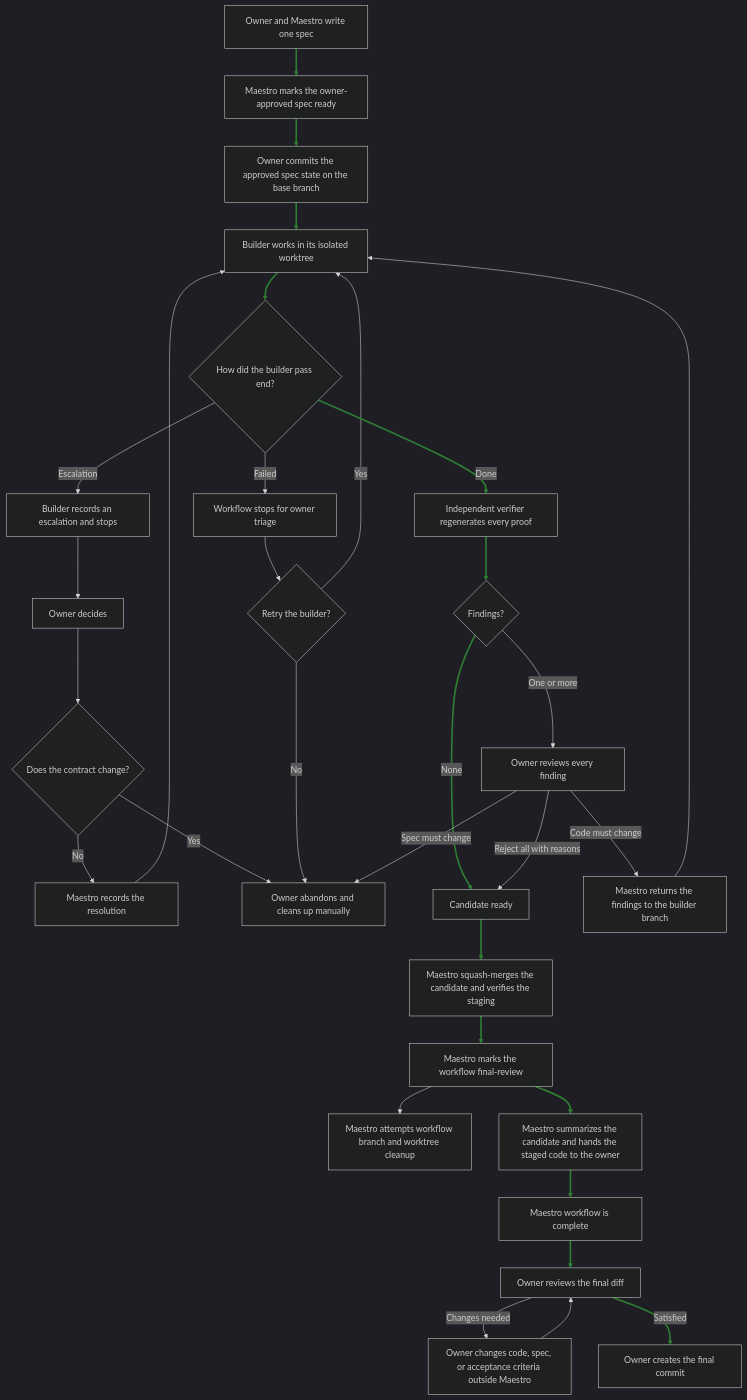
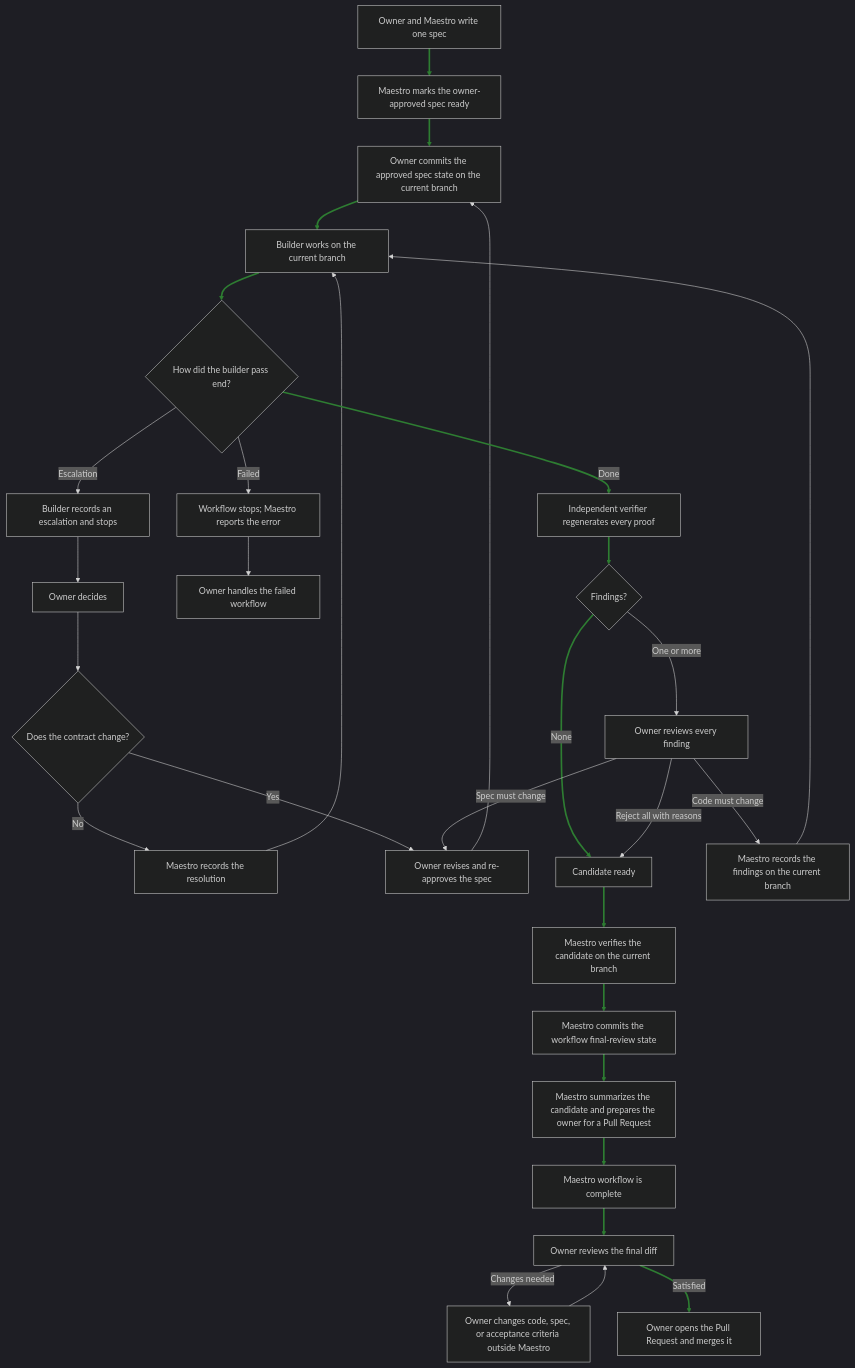
The diagram in plan.md (emilioSp/pi-maestro), drawn with Mermaid (dark theme) before and after one commit. The commit also changed other lines of this file and 108 other files, not shown here.

````diff
--- a/plan.md
+++ b/plan.md
@@ -688,50 +685,48 @@
 ```mermaid
 flowchart TD
     spec[Owner and Maestro write one spec]
     ready[Maestro marks the owner-approved spec ready]
-    approval[Owner commits the approved spec state on the base branch]
-    build[Builder works in its isolated worktree]
+    approval[Owner commits the approved spec state on the current branch]
+    build[Builder works on the current branch]
     buildOutcome{How did the builder pass end?}
 
     spec --> ready
     ready --> approval
     approval --> build
     build --> buildOutcome
 
     buildOutcome -->|Escalation| escalation[Builder records an escalation and stops]
     escalation --> ownerAnswer[Owner decides]
     ownerAnswer --> escalationOutcome{Does the contract change?}
     escalationOutcome -->|No| recordContinue[Maestro records the resolution]
     recordContinue --> build
-    escalationOutcome -->|Yes| manualAbandon[Owner abandons and cleans up manually]
+    escalationOutcome -->|Yes| reviseSpec[Owner revises and re-approves the spec]
+    reviseSpec --> approval
 
-    buildOutcome -->|Failed| builderFailed[Workflow stops for owner triage]
-    builderFailed --> retryBuilder{Retry the builder?}
-    retryBuilder -->|Yes| build
-    retryBuilder -->|No| manualAbandon
+    buildOutcome -->|Failed| builderFailed[Workflow stops; Maestro reports the error]
+    builderFailed --> manualAbandon[Owner handles the failed workflow]
 
     buildOutcome -->|Done| verify[Independent verifier regenerates every proof]
     verify --> findings{Findings?}
 
     findings -->|None| candidate[Candidate ready]
     findings -->|One or more| ownerFindings[Owner reviews every finding]
 
     ownerFindings -->|Reject all with reasons| candidate
-    ownerFindings -->|Code must change| returnBuilder[Maestro returns the findings to the builder branch]
+    ownerFindings -->|Code must change| returnBuilder[Maestro records the findings on the current branch]
     returnBuilder --> build
 
-    ownerFindings -->|Spec must change| manualAbandon
+    ownerFindings -->|Spec must change| reviseSpec
 
-    candidate --> staged[Maestro squash-merges the candidate and verifies the staging]
-    staged --> finalState[Maestro marks the workflow final-review]
-    finalState --> cleanup[Maestro attempts workflow branch and worktree cleanup]
-    finalState --> finalSummary[Maestro summarizes the candidate and hands the staged code to the owner]
+    candidate --> staged[Maestro verifies the candidate on the current branch]
+    staged --> finalState[Maestro commits the workflow final-review state]
+    finalState --> finalSummary[Maestro summarizes the candidate and prepares the owner for a Pull Request]
     finalSummary --> workflowDone[Maestro workflow is complete]
     workflowDone --> humanReview[Owner reviews the final diff]
 
     humanReview -->|Changes needed| adjust[Owner changes code, spec, or acceptance criteria outside Maestro]
     adjust --> humanReview
-    humanReview -->|Satisfied| finalCommit[Owner creates the final commit]
+    humanReview -->|Satisfied| finalCommit[Owner opens the Pull Request and merges it]
 
-    linkStyle 0,1,2,3,14,15,16,22,23,25,26,27,30 stroke:#2e7d32,stroke-width:3px
+    linkStyle 0,1,2,3,13,14,15,21,22,23,24,25,28 stroke:#2e7d32,stroke-width:3px
 ```
````
